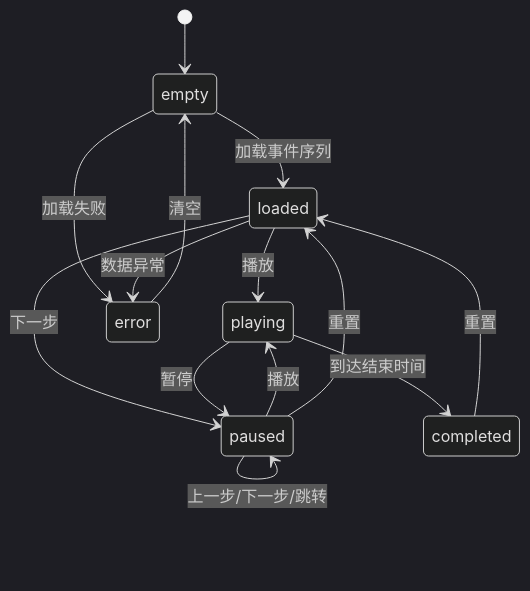
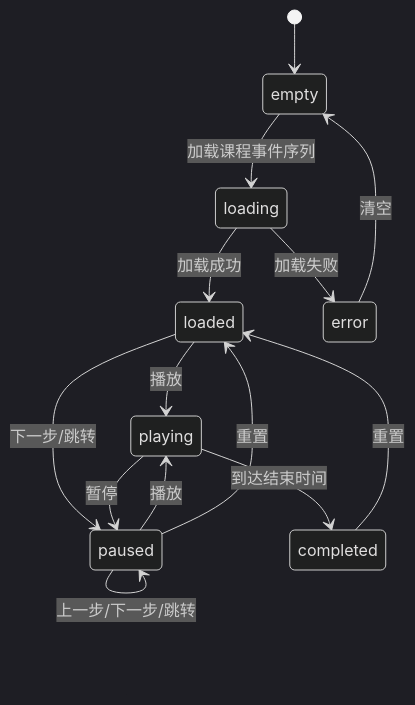
One commit to hewzhew/softe changed the diagram in docs/superpowers/specs/2026-06-14-simulation-playback-demo-design.md. Above: the diagram before and after it, drawn with Mermaid (dark theme). The commit also changed other lines of this file, not shown here.

Commit message:
docs: refine sandbox runtime architecture

````diff
--- a/docs/superpowers/specs/2026-06-14-simulation-playback-demo-design.md
+++ b/docs/superpowers/specs/2026-06-14-simulation-playback-demo-design.md
@@ -247,16 +433,16 @@
 ```mermaid
 stateDiagram-v2
   [*] --> empty
-  empty --> loaded: 加载事件序列
+  empty --> loading: 加载课程事件序列
+  loading --> loaded: 加载成功
+  loading --> error: 加载失败
   loaded --> playing: 播放
-  loaded --> paused: 下一步
+  loaded --> paused: 下一步/跳转
   playing --> paused: 暂停
   paused --> playing: 播放
   paused --> paused: 上一步/下一步/跳转
   playing --> completed: 到达结束时间
+  completed --> loaded: 重置
   paused --> loaded: 重置
-  completed --> loaded: 重置
-  empty --> error: 加载失败
-  loaded --> error: 数据异常
   error --> empty: 清空
 ```
````
